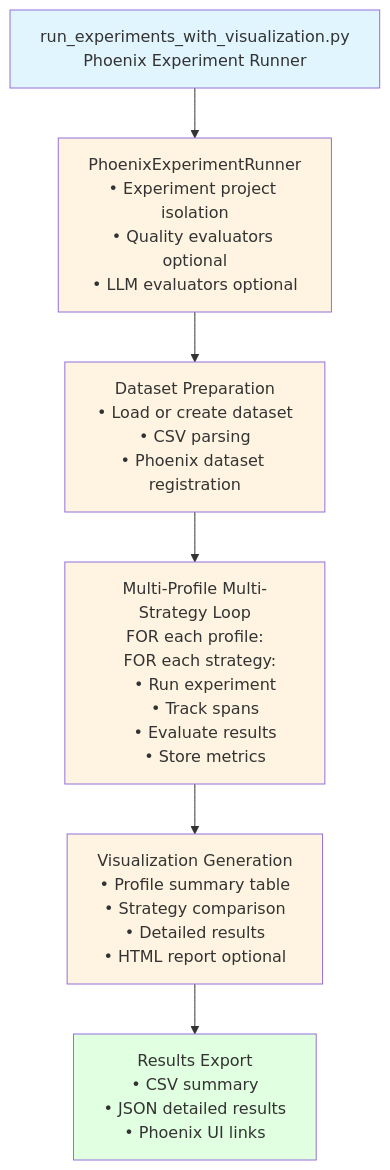
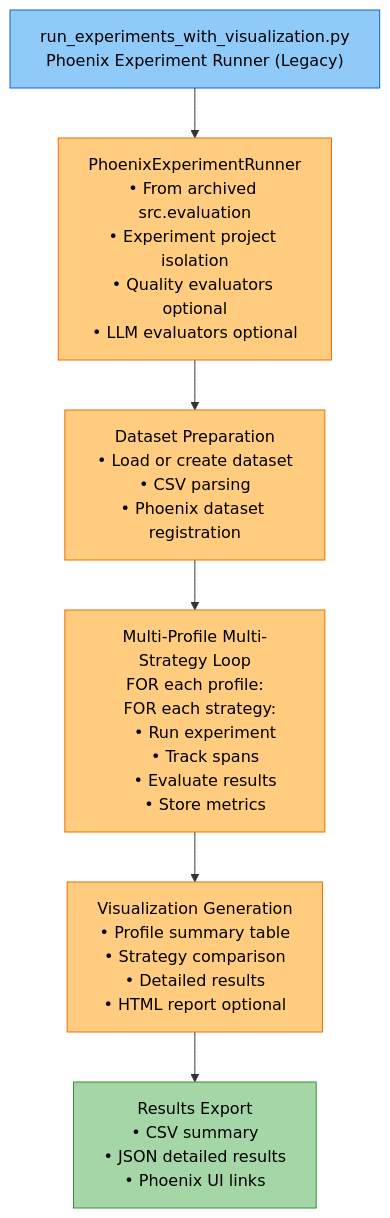
The third of 4 diagrams in docs/development/scripts-operations.md (amit-jain/cogniverse), drawn with Mermaid before and after one commit. The commit also changed other lines of this file and 83 other files, not shown here.

First line of the commit message:
Fix documentation veracity, formatting, and diagrams across all modules

````diff
--- a/docs/development/scripts-operations.md
+++ b/docs/development/scripts-operations.md
@@ -168,27 +180,27 @@
 ```mermaid
-graph TB
-    Start[run_experiments_with_visualization.py<br/>Phoenix Experiment Runner]
+flowchart TB
+    Start["<span style='color:#000'>run_experiments_with_visualization.py<br/>Phoenix Experiment Runner (Legacy)</span>"]
 
-    Runner[PhoenixExperimentRunner<br/>• Experiment project isolation<br/>• Quality evaluators optional<br/>• LLM evaluators optional]
+    Runner["<span style='color:#000'>PhoenixExperimentRunner<br/>• From archived src.evaluation<br/>• Experiment project isolation<br/>• Quality evaluators optional<br/>• LLM evaluators optional</span>"]
 
-    Dataset[Dataset Preparation<br/>• Load or create dataset<br/>• CSV parsing<br/>• Phoenix dataset registration]
+    Dataset["<span style='color:#000'>Dataset Preparation<br/>• Load or create dataset<br/>• CSV parsing<br/>• Phoenix dataset registration</span>"]
 
-    Loop[Multi-Profile Multi-Strategy Loop<br/>FOR each profile:<br/>  FOR each strategy:<br/>    • Run experiment<br/>    • Track spans<br/>    • Evaluate results<br/>    • Store metrics]
+    Loop["<span style='color:#000'>Multi-Profile Multi-Strategy Loop<br/>FOR each profile:<br/>  FOR each strategy:<br/>    • Run experiment<br/>    • Track spans<br/>    • Evaluate results<br/>    • Store metrics</span>"]
 
-    Viz[Visualization Generation<br/>• Profile summary table<br/>• Strategy comparison<br/>• Detailed results<br/>• HTML report optional]
+    Viz["<span style='color:#000'>Visualization Generation<br/>• Profile summary table<br/>• Strategy comparison<br/>• Detailed results<br/>• HTML report optional</span>"]
 
-    Export[Results Export<br/>• CSV summary<br/>• JSON detailed results<br/>• Phoenix UI links]
+    Export["<span style='color:#000'>Results Export<br/>• CSV summary<br/>• JSON detailed results<br/>• Phoenix UI links</span>"]
 
     Start --> Runner
     Runner --> Dataset
     Dataset --> Loop
     Loop --> Viz
     Viz --> Export
 
-    style Start fill:#e1f5ff
-    style Runner fill:#fff4e1
-    style Dataset fill:#fff4e1
-    style Loop fill:#fff4e1
-    style Viz fill:#fff4e1
-    style Export fill:#e1ffe1
+    style Start fill:#90caf9,stroke:#1565c0,color:#000
+    style Runner fill:#ffcc80,stroke:#ef6c00,color:#000
+    style Dataset fill:#ffcc80,stroke:#ef6c00,color:#000
+    style Loop fill:#ffcc80,stroke:#ef6c00,color:#000
+    style Viz fill:#ffcc80,stroke:#ef6c00,color:#000
+    style Export fill:#a5d6a7,stroke:#388e3c,color:#000
 ```
````
